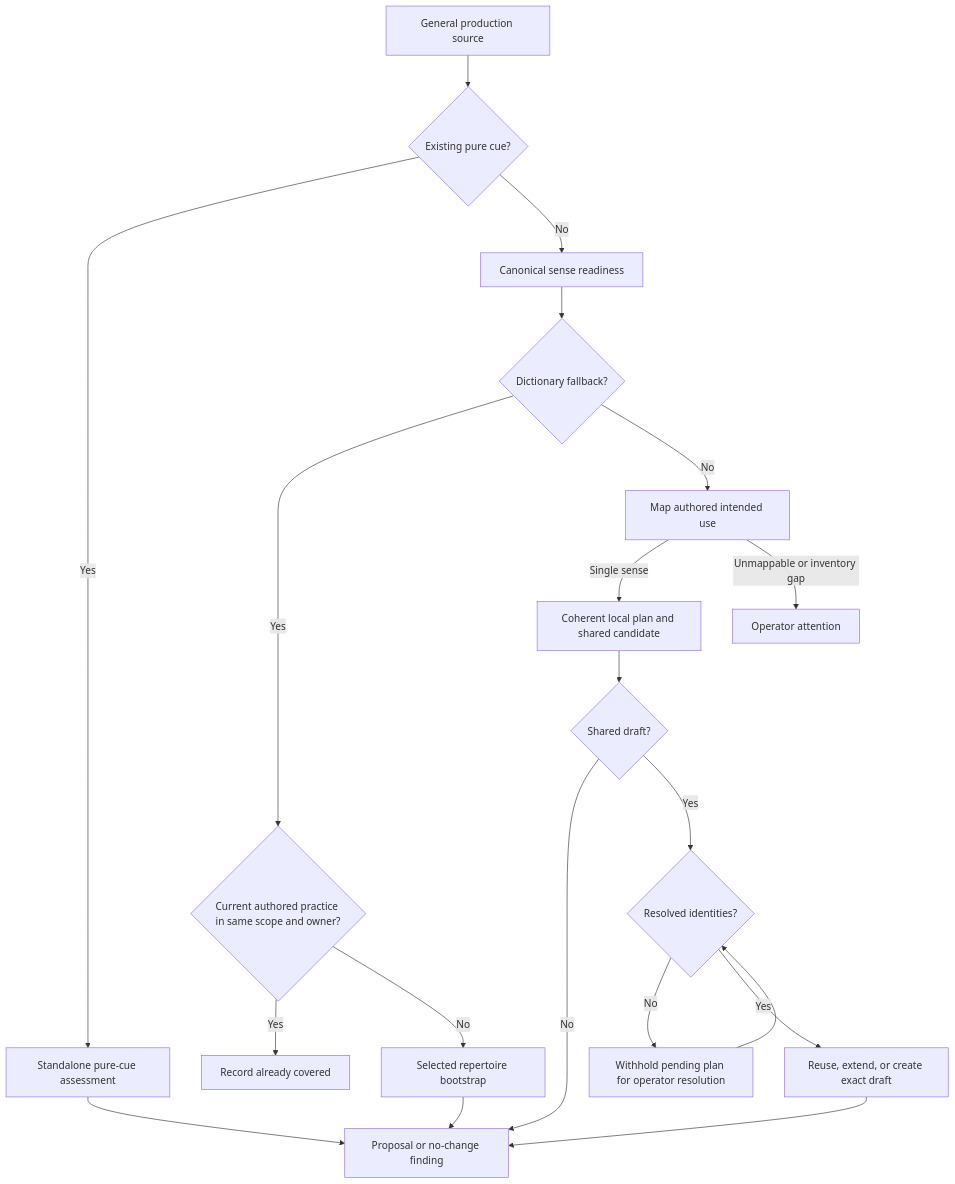
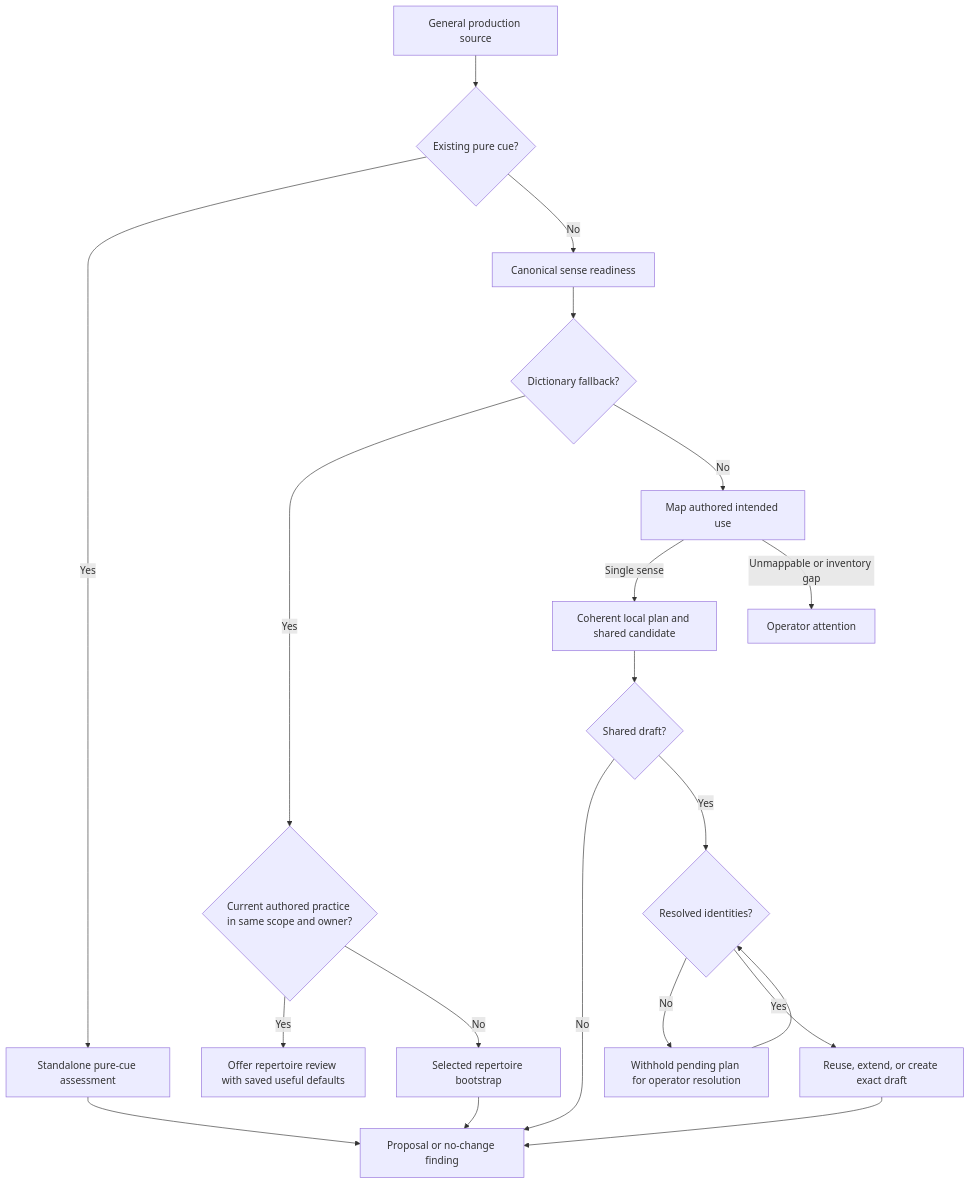
Before and after one commit to swimj/chinese-study-app: the diagram in docs/implementation/vocabulary-content-improvement.md, drawn with Mermaid. The commit also changed other lines of this file and 5 other files, not shown here.

````diff
--- a/docs/implementation/vocabulary-content-improvement.md
+++ b/docs/implementation/vocabulary-content-improvement.md
@@ -9,22 +9,22 @@
 ```mermaid
 flowchart TD
   Source[General production source] --> Pure{Existing pure cue?}
   Pure -->|Yes| Review[Standalone pure-cue assessment]
   Pure -->|No| Ready[Canonical sense readiness]
   Ready --> Fallback{Dictionary fallback?}
   Fallback -->|Yes| Practice{Current authored practice in same scope and owner?}
-  Practice -->|Yes| Covered[Record already covered]
+  Practice -->|Yes| Covered[Offer repertoire review with saved useful defaults]
   Practice -->|No| Bootstrap[Selected repertoire bootstrap]
   Fallback -->|No| Map[Map authored intended use]
   Map -->|Single sense| Local[Coherent local plan and shared candidate]
   Map -->|Unmappable or inventory gap| Attention[Operator attention]
   Local --> Shared{Shared draft?}
   Shared -->|No| Proposal[Proposal or no-change finding]
   Shared -->|Yes| Identities{Resolved identities?}
   Identities -->|No| Pending[Withhold pending plan for operator resolution]
   Pending --> Identities
   Identities -->|Yes| Integrate[Reuse, extend, or create exact draft]
   Integrate --> Proposal
   Bootstrap --> Proposal
   Review --> Proposal
 ```
````
